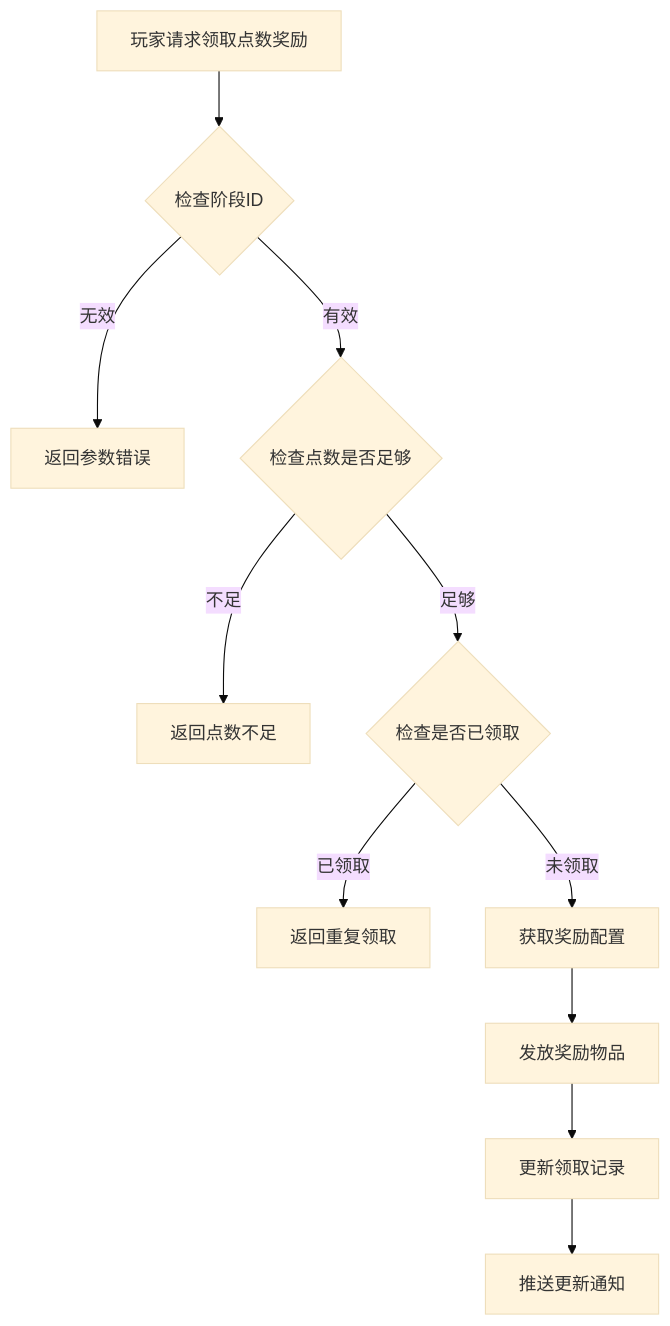
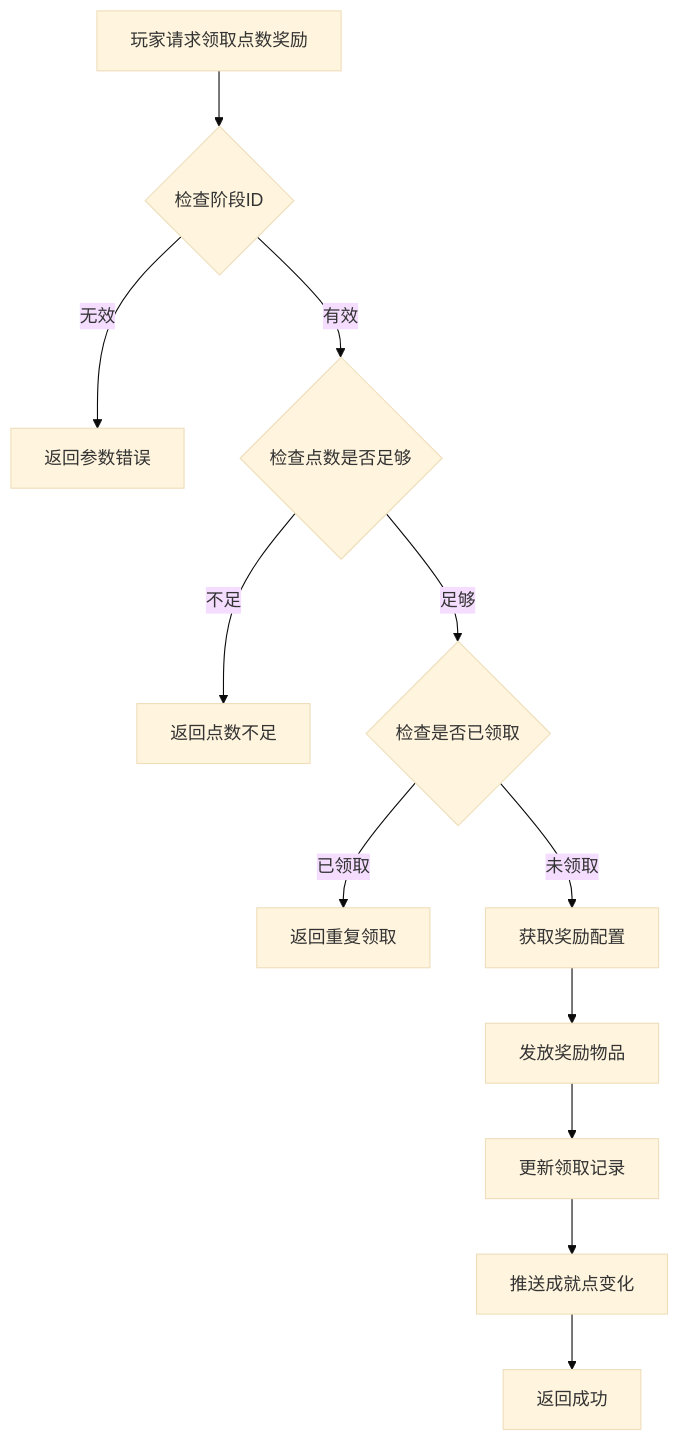
Before and after one commit to Alan-Ben/k2c_game_framework: the fifth of 7 diagrams in docs/Module_Achieve/05_完整说明.md, drawn with Mermaid (base theme). The commit also changed other lines of this file and 32 other files, not shown here.

````diff
--- a/docs/Module_Achieve/05_完整说明.md
+++ b/docs/Module_Achieve/05_完整说明.md
@@ -132,13 +222,14 @@
 ```mermaid
 flowchart TD
     A[玩家请求领取点数奖励] --> B{检查阶段ID}
     B -->|无效| C[返回参数错误]
     B -->|有效| D{检查点数是否足够}
     D -->|不足| E[返回点数不足]
     D -->|足够| F{检查是否已领取}
     F -->|已领取| G[返回重复领取]
     F -->|未领取| H[获取奖励配置]
     H --> I[发放奖励物品]
     I --> J[更新领取记录]
-    J --> K[推送更新通知]
+    J --> K[推送成就点变化]
+    K --> L[返回成功]
 ```
````
